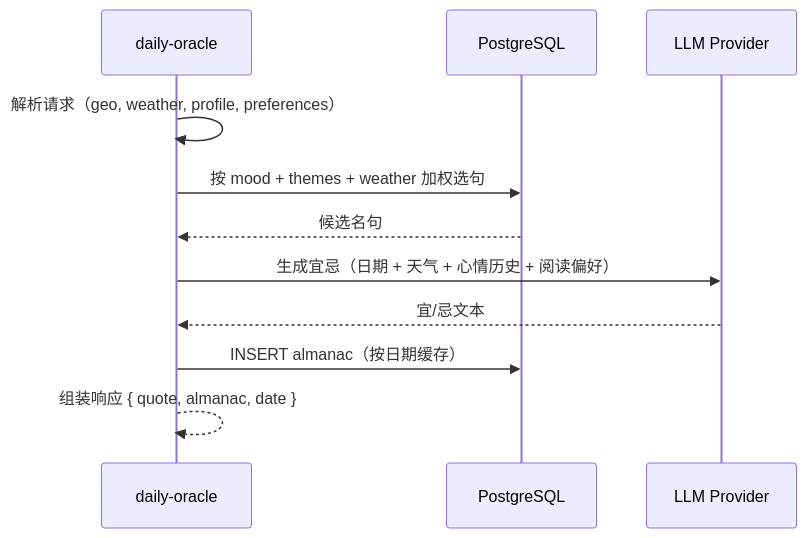
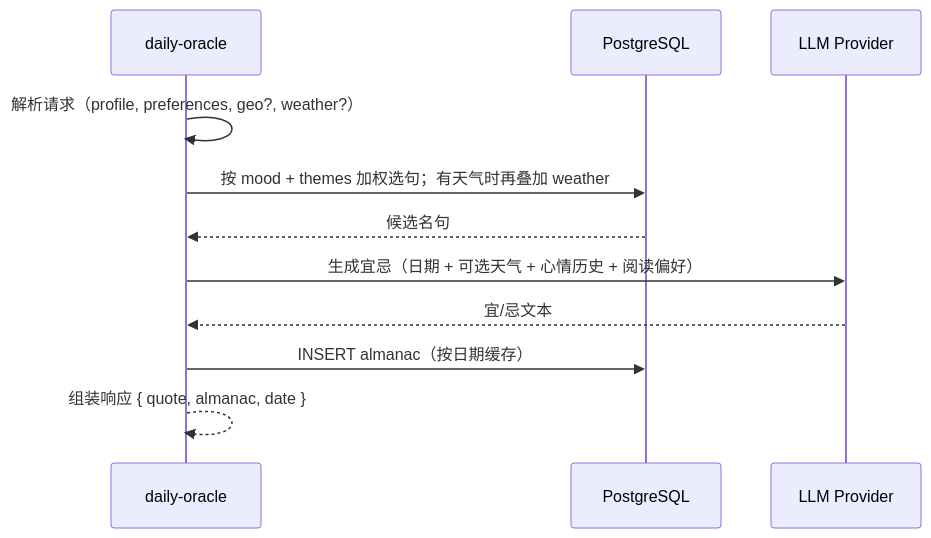
Before and after one commit to EvilIrving/daily-oracle: the third of 3 diagrams in docs/architecture.md, drawn with Mermaid. The commit also changed other lines of this file and 20 other files, not shown here.

````diff
--- a/docs/architecture.md
+++ b/docs/architecture.md
@@ -631,14 +620,14 @@
 ```mermaid
 sequenceDiagram
     participant Edge as daily-oracle
     participant DB as PostgreSQL
     participant LLM as LLM Provider
 
-    Edge->>Edge: 解析请求（geo, weather, profile, preferences）
-    Edge->>DB: 按 mood + themes + weather 加权选句
+    Edge->>Edge: 解析请求（profile, preferences, geo?, weather?）
+    Edge->>DB: 按 mood + themes 加权选句；有天气时再叠加 weather
     DB-->>Edge: 候选名句
-    Edge->>LLM: 生成宜忌（日期 + 天气 + 心情历史 + 阅读偏好）
+    Edge->>LLM: 生成宜忌（日期 + 可选天气 + 心情历史 + 阅读偏好）
     LLM-->>Edge: 宜/忌文本
     Edge->>DB: INSERT almanac（按日期缓存）
     Edge-->>Edge: 组装响应 { quote, almanac, date }
 ```
````
